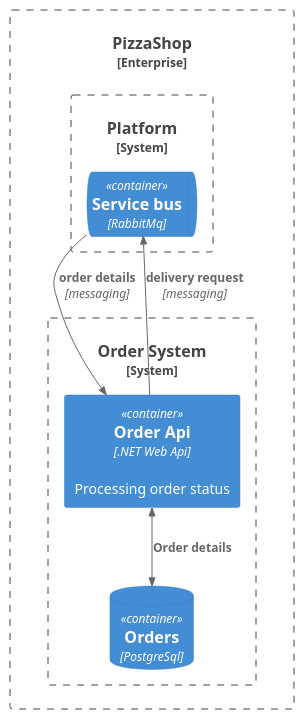
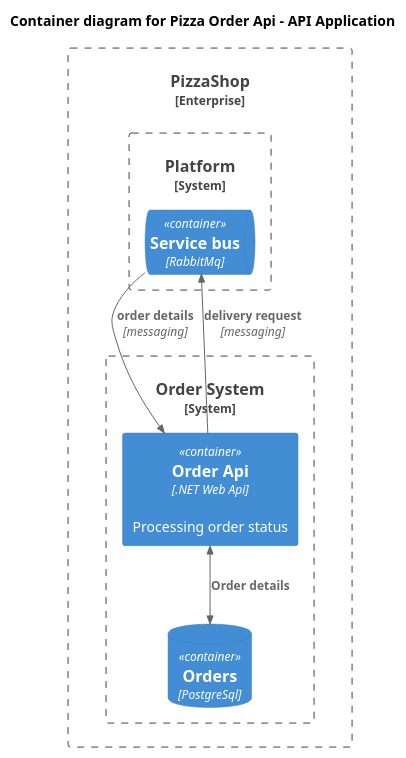
The diagram in domain/weather-forecasting/docs/architecture/containers.md (jacobduijzer/BackstageDemoProjects), drawn with PlantUML before and after one commit.

Commit message:
added name to containers diagram

````diff
--- a/domain/weather-forecasting/docs/architecture/containers.md
+++ b/domain/weather-forecasting/docs/architecture/containers.md
@@ -2,22 +2,23 @@
 ```plantuml
 @startuml
 !include <C4/C4_Container.puml>
+title Container diagram for Pizza Order Api - API Application
 
 Enterprise_Boundary(pizzaEnterprise, "PizzaShop") {
 
   System_Boundary(platform, "Platform") {
     ContainerQueue(serviceBus, "Service bus", "RabbitMq")
   }
 
   System_Boundary(orderSystem, "Order System") {
     Container(orderApi, "Order Api", ".NET Web Api", "Processing order status")
     ContainerDb(orderDb, "Orders", "PostgreSql")
 
     BiRel(orderApi, orderDb, "Order details")
   }
 
   Rel(serviceBus, orderApi, "order details", "messaging")
   Rel(orderApi, serviceBus, "delivery request", "messaging")
 }
 @enduml
 ```
````
